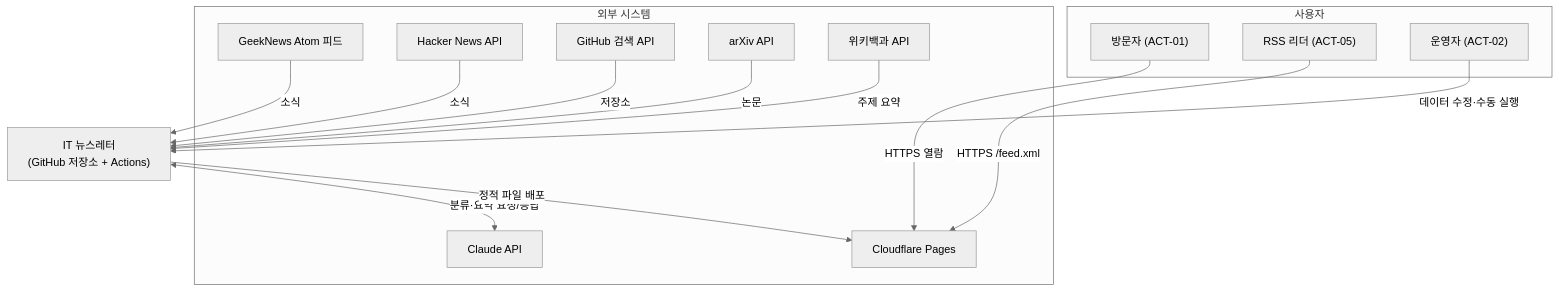
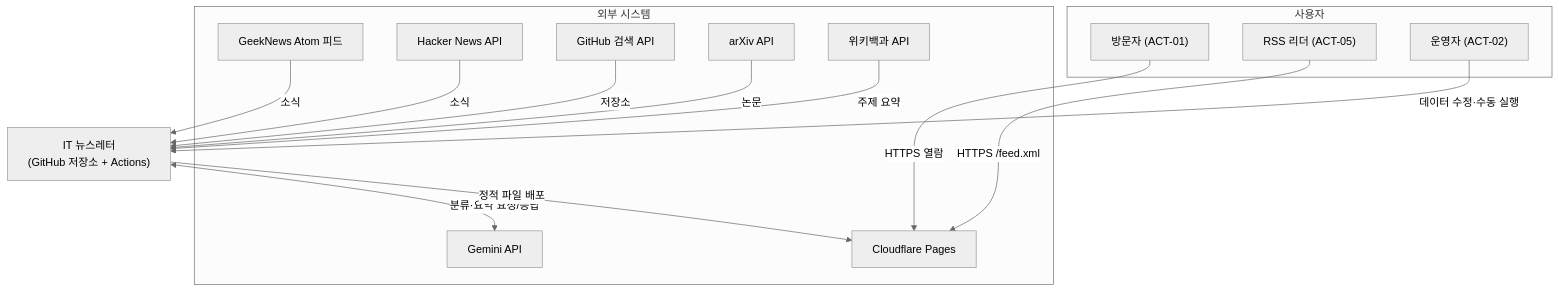
Before and after one commit to naneunimjee/2026-vibe-coding-adv: the first of 5 diagrams in waterfall/02-시스템설계/시스템아키텍처설계서-SAD.md, drawn with Mermaid (neutral theme). The commit also changed other lines of this file and 7 other files, not shown here.

````diff
--- a/waterfall/02-시스템설계/시스템아키텍처설계서-SAD.md
+++ b/waterfall/02-시스템설계/시스템아키텍처설계서-SAD.md
@@ -98,31 +99,31 @@
 ```mermaid
 graph TB
     subgraph 사용자
         V["방문자 (ACT-01)"]
         R["RSS 리더 (ACT-05)"]
         OP["운영자 (ACT-02)"]
     end
 
     SYS["IT 뉴스레터<br/>(GitHub 저장소 + Actions)"]
 
     subgraph 외부 시스템
         GN["GeekNews Atom 피드"]
         HN["Hacker News API"]
         GH["GitHub 검색 API"]
         AX["arXiv API"]
         WP["위키백과 API"]
-        CL["Claude API"]
+        CL["Gemini API"]
         CF["Cloudflare Pages"]
     end
 
     GN -->|소식| SYS
     HN -->|소식| SYS
     GH -->|저장소| SYS
     AX -->|논문| SYS
     WP -->|주제 요약| SYS
     SYS <-->|분류·요약 요청/응답| CL
     SYS -->|정적 파일 배포| CF
     V -->|HTTPS 열람| CF
     R -->|HTTPS /feed.xml| CF
     OP -->|데이터 수정·수동 실행| SYS
 ```
````
